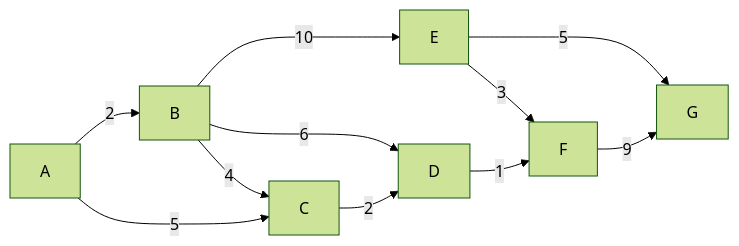
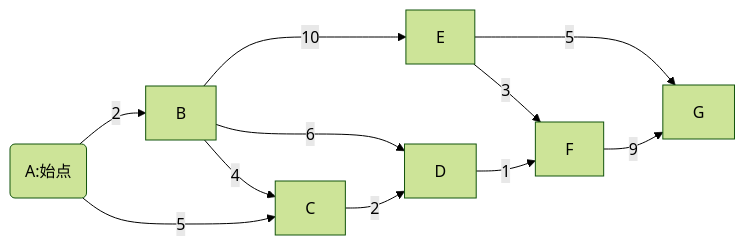
One commit to kamino410/kamino-memo changed the diagram in computer_science/algorithm/shortest_path.md. Above: the diagram before and after it, drawn with Mermaid (forest theme). The commit also changed other lines of this file and 1 other file, not shown here.

````diff
--- a/computer_science/algorithm/shortest_path.md
+++ b/computer_science/algorithm/shortest_path.md
@@ -27,13 +45,13 @@
 ```mermaid
 graph LR;
-  A-->|2|B;
+  A(A:始点)-->|2|B;
   B-->|4|C;
   A-->|5|C;
   B-->|10|E;
   B-->|6|D;
   C-->|2|D;
   E-->|3|F;
   D-->|1|F;
   E-->|5|G;
   F-->|9|G;
 ```
````
